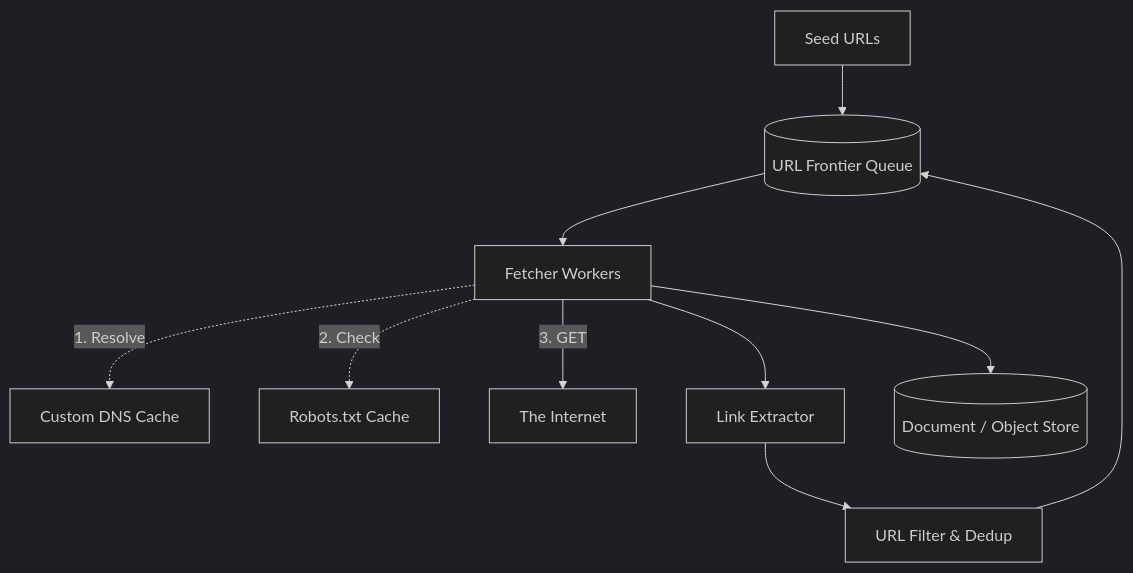
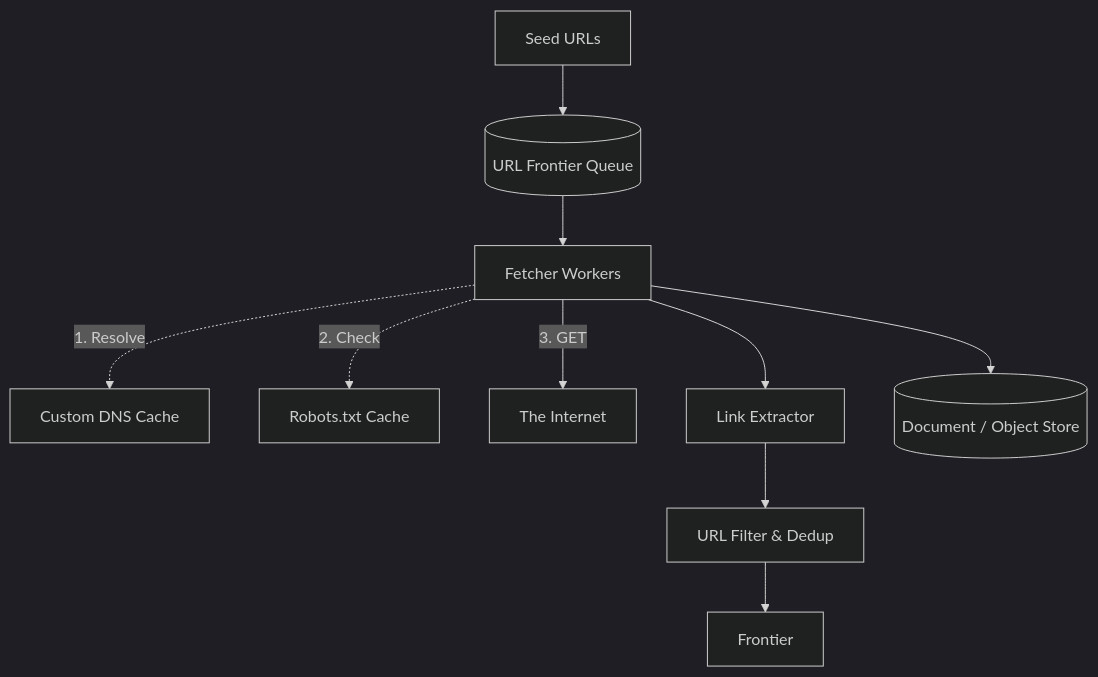
The diagram in site/content/designs/web-crawler.md (huangsam/systology), drawn with Mermaid (dark theme) before and after one commit. The commit also changed 2 other files, not shown here.

Commit message:
Enhance content across designs

```diff
--- a/site/content/designs/web-crawler.md
+++ b/site/content/designs/web-crawler.md
@@ -30,16 +30,16 @@
 {{< mermaid >}}
 graph TD
-    Seed[Seed URLs] --> Frontier[(URL Frontier Queue)]
+    A[Seed URLs] --> B[(URL Frontier Queue)]
 
-    Frontier --> Workers[Fetcher Workers]
+    B --> Workers[Fetcher Workers]
 
     Workers -.->|1. Resolve| DNS[Custom DNS Cache]
     Workers -.->|2. Check| Robots[Robots.txt Cache]
     Workers -->|3. GET| Web[The Internet]
 
     Workers --> Extractor[Link Extractor]
     Extractor --> URLFilter[URL Filter & Dedup]
     URLFilter --> Frontier
 
     Workers --> DocStore[(Document / Object Store)]
 {{< /mermaid >}}
```
